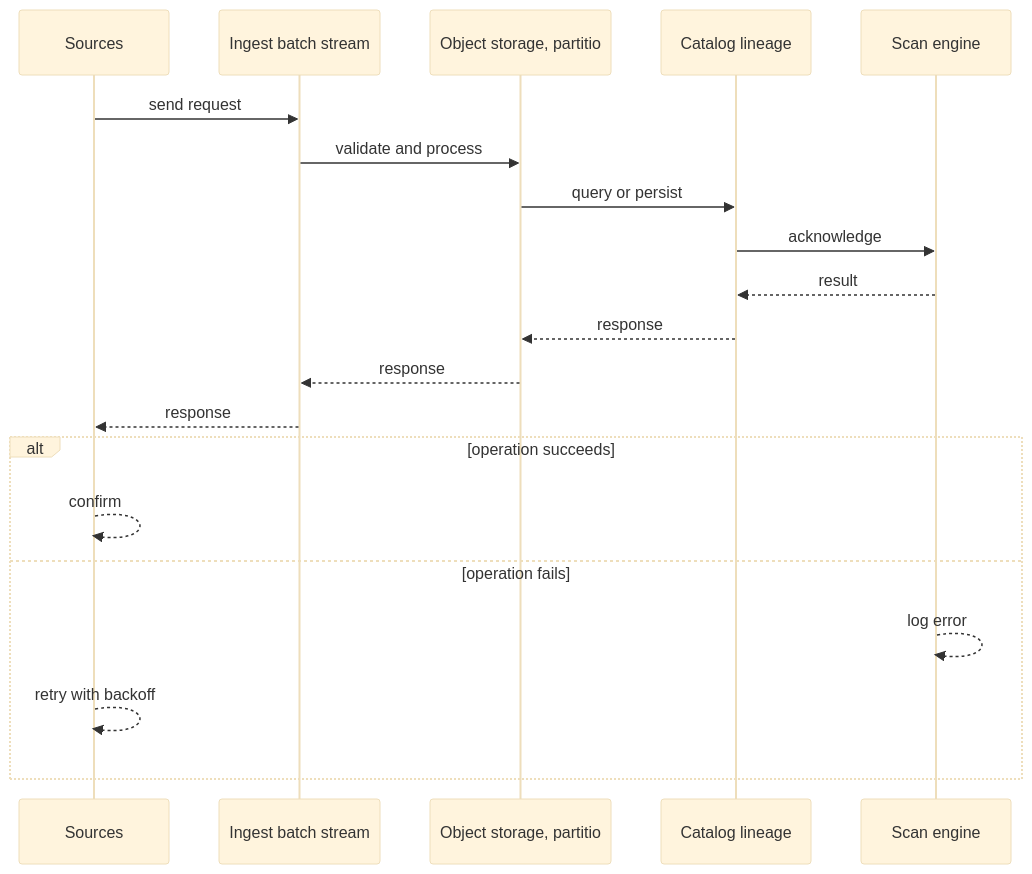
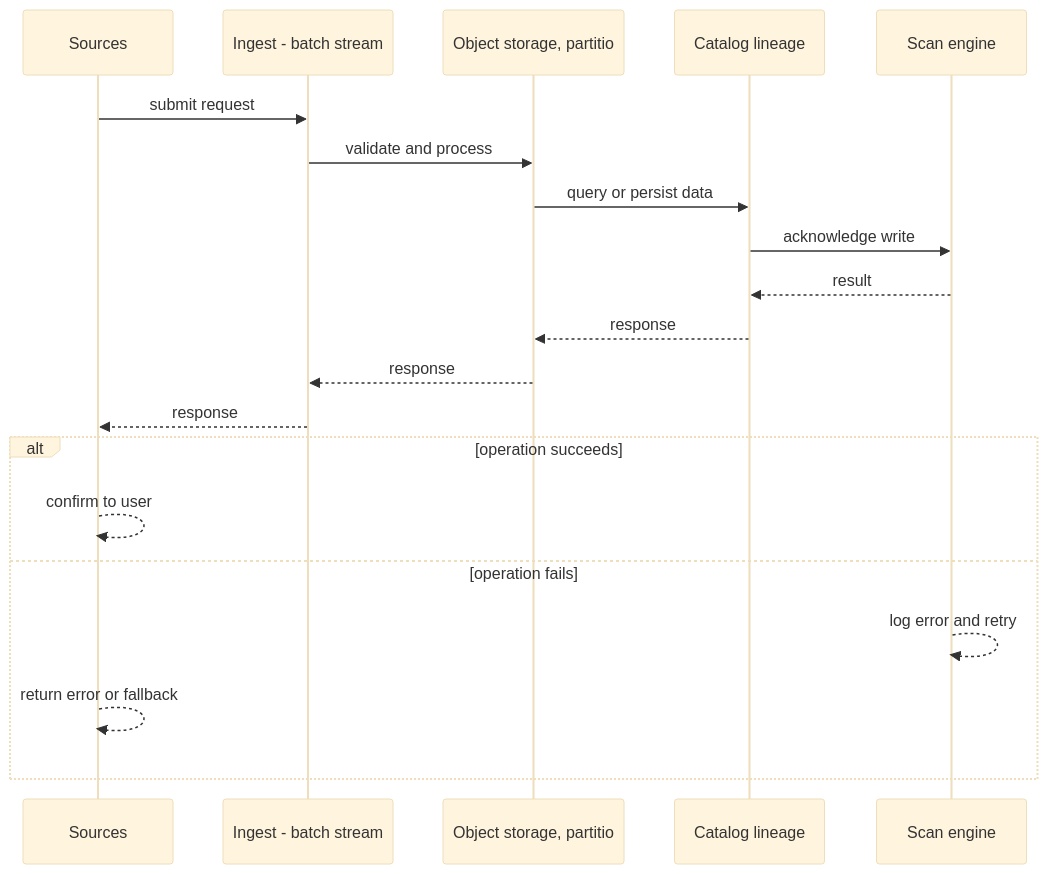
One commit to RIT-MESH/system-design-mastery changed the second of 4 diagrams in case-studies/extreme/data-lake.md. Above: the diagram before and after it, drawn with Mermaid (base theme). The commit also changed other lines of this file and 127 other files, not shown here.

First line of the commit message:
Improve all case study diagrams: case-specific sequences, fix truncated labels

````diff
--- a/case-studies/extreme/data-lake.md
+++ b/case-studies/extreme/data-lake.md
@@ -71,23 +71,23 @@
 ```mermaid
 %% created-for: system-design-mastery
 sequenceDiagram
-  participant C0 as Sources
-  participant C1 as Ingest batch stream
-  participant C2 as Object storage, partitio
-  participant C3 as Catalog lineage
-  participant C4 as Scan engine
-  C0 ->> C1: send request
-  C1 ->> C2: validate and process
-  C2 ->> C3: query or persist
-  C3 ->> C4: acknowledge
-  C4 -->> C3: result
-  C3 -->> C2: response
-  C2 -->> C1: response
-  C1 -->> C0: response
+  participant P0 as Sources
+  participant P1 as Ingest - batch stream
+  participant P2 as Object storage, partitio
+  participant P3 as Catalog lineage
+  participant P4 as Scan engine
+  P0 ->> P1: submit request
+  P1 ->> P2: validate and process
+  P2 ->> P3: query or persist data
+  P3 ->> P4: acknowledge write
+  P4 -->> P3: result
+  P3 -->> P2: response
+  P2 -->> P1: response
+  P1 -->> P0: response
   alt operation succeeds
-    C0 -->> C0: confirm
+    P0 -->> P0: confirm to user
   else operation fails
-    C4 -->> C4: log error
-    C0 -->> C0: retry with backoff
+    P4 -->> P4: log error and retry
+    P0 -->> P0: return error or fallback
   end
 ```
````
